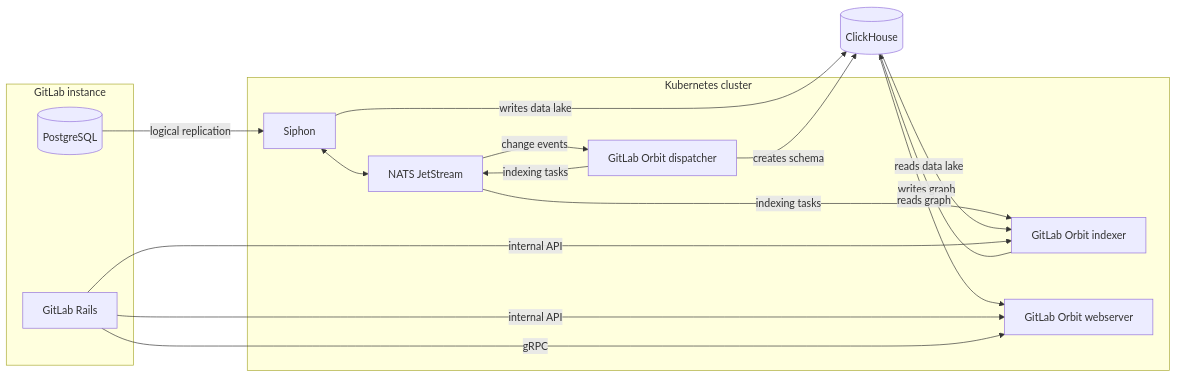
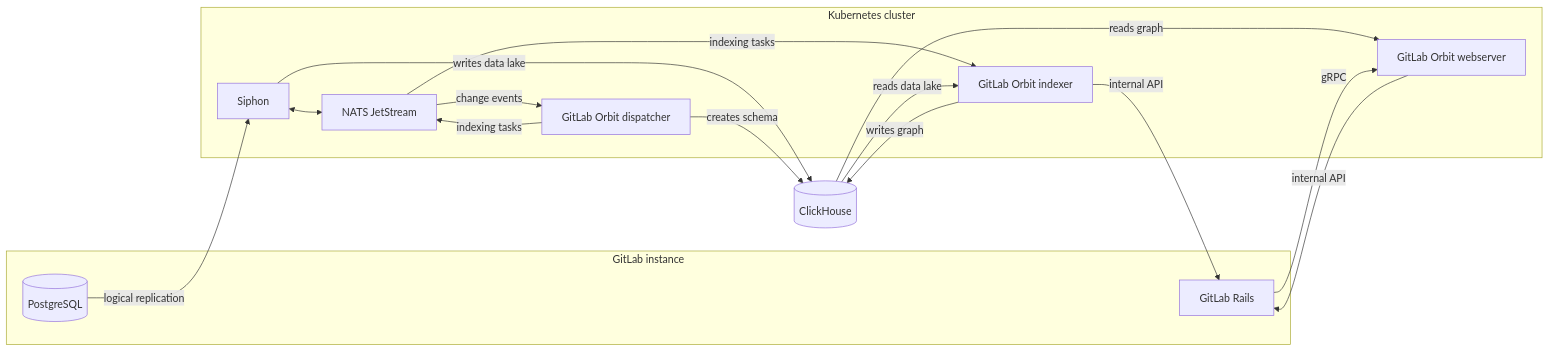
One commit to gitlabhq/orbit-knowledge-graph changed the diagram in docs/source/self-managed/_index.md. Above: the diagram before and after it, drawn with Mermaid.

Commit message:
docs: fix internal api arrow direction in architecture diagram

````diff
--- a/docs/source/self-managed/_index.md
+++ b/docs/source/self-managed/_index.md
@@ -35,34 +35,34 @@
 ```mermaid
 flowchart LR
     accTitle: GitLab Orbit on GitLab Self-Managed
     accDescr: GitLab writes to PostgreSQL. Siphon reads the PostgreSQL write-ahead log, passes rows through NATS JetStream, and writes them into the ClickHouse data lake. The GitLab Orbit dispatcher watches the same NATS stream, owns the graph schema, and publishes indexing tasks back to NATS. The GitLab Orbit indexer takes those tasks, reads the data lake, reads source code over the GitLab internal API, and writes the graph to ClickHouse. GitLab queries the GitLab Orbit webserver over gRPC.
 
     subgraph GitLab["GitLab instance"]
         PG[(PostgreSQL)]
         Rails[GitLab Rails]
     end
 
     subgraph K8s["Kubernetes cluster"]
         Siphon[Siphon]
         NATS[NATS JetStream]
         Dispatch[GitLab Orbit dispatcher]
         Indexer[GitLab Orbit indexer]
         Web[GitLab Orbit webserver]
     end
 
     CH[(ClickHouse)]
 
     PG -- logical replication --> Siphon
     Siphon <--> NATS
     Siphon -- writes data lake --> CH
     NATS -- change events --> Dispatch
     Dispatch -- indexing tasks --> NATS
     Dispatch -- creates schema --> CH
     NATS -- indexing tasks --> Indexer
     CH -- reads data lake --> Indexer
-    Rails -- internal API --> Indexer
+    Indexer -- internal API --> Rails
     Indexer -- writes graph --> CH
     CH -- reads graph --> Web
-    Rails -- internal API --> Web
+    Web -- internal API --> Rails
     Rails -- gRPC --> Web
 ```
````
